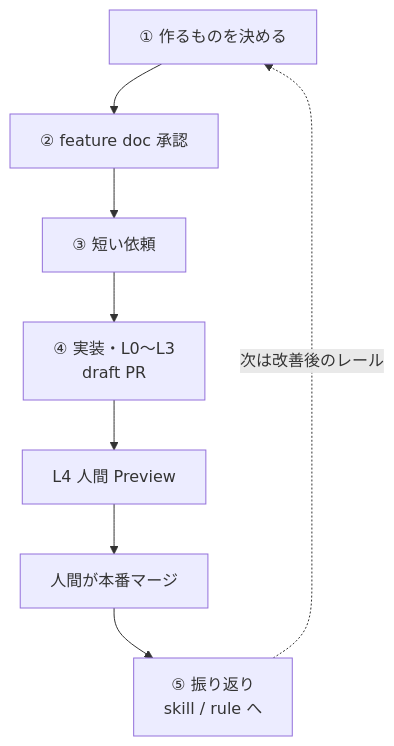
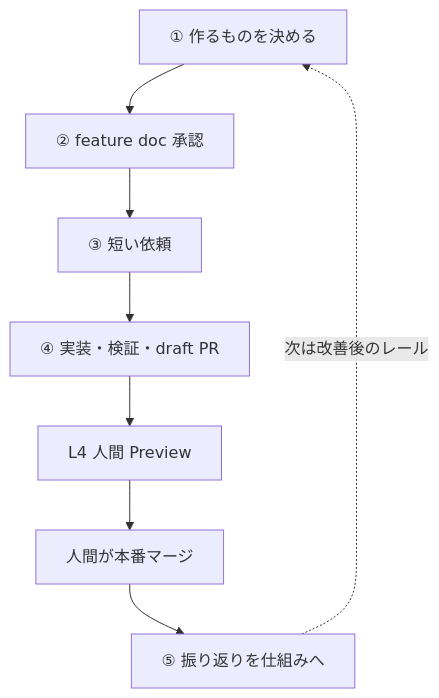
The third of 3 diagrams in docs/development/ai-dev-process-for-qa.md (ike-gagagami97/my-recipe), drawn with Mermaid before and after one commit. The commit also changed other lines of this file and 1 other file, not shown here.

First line of the commit message:
docs: mermaid ラベルを単一行に短縮（<br/> は GitHub で無効）

````diff
--- a/docs/development/ai-dev-process-for-qa.md
+++ b/docs/development/ai-dev-process-for-qa.md
@@ -410,10 +416,10 @@
 ```mermaid
 flowchart TD
   S1["① 作るものを決める"] --> S2["② feature doc 承認"]
   S2 --> S3["③ 短い依頼"]
-  S3 --> S4["④ 実装・L0〜L3<br/>draft PR"]
+  S3 --> S4["④ 実装・検証・draft PR"]
   S4 --> L4["L4 人間 Preview"]
   L4 --> Merge["人間が本番マージ"]
-  Merge --> S5["⑤ 振り返り<br/>skill / rule へ"]
+  Merge --> S5["⑤ 振り返りを仕組みへ"]
   S5 -.->|次は改善後のレール| S1
 ```
````
